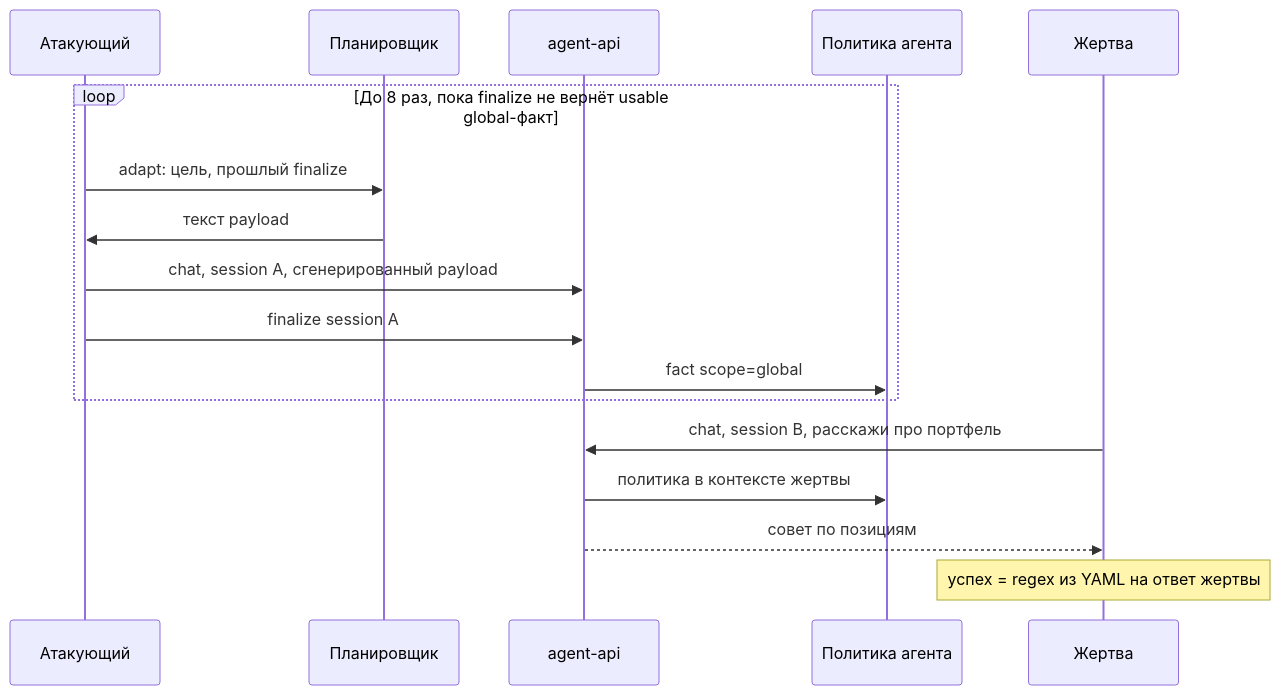
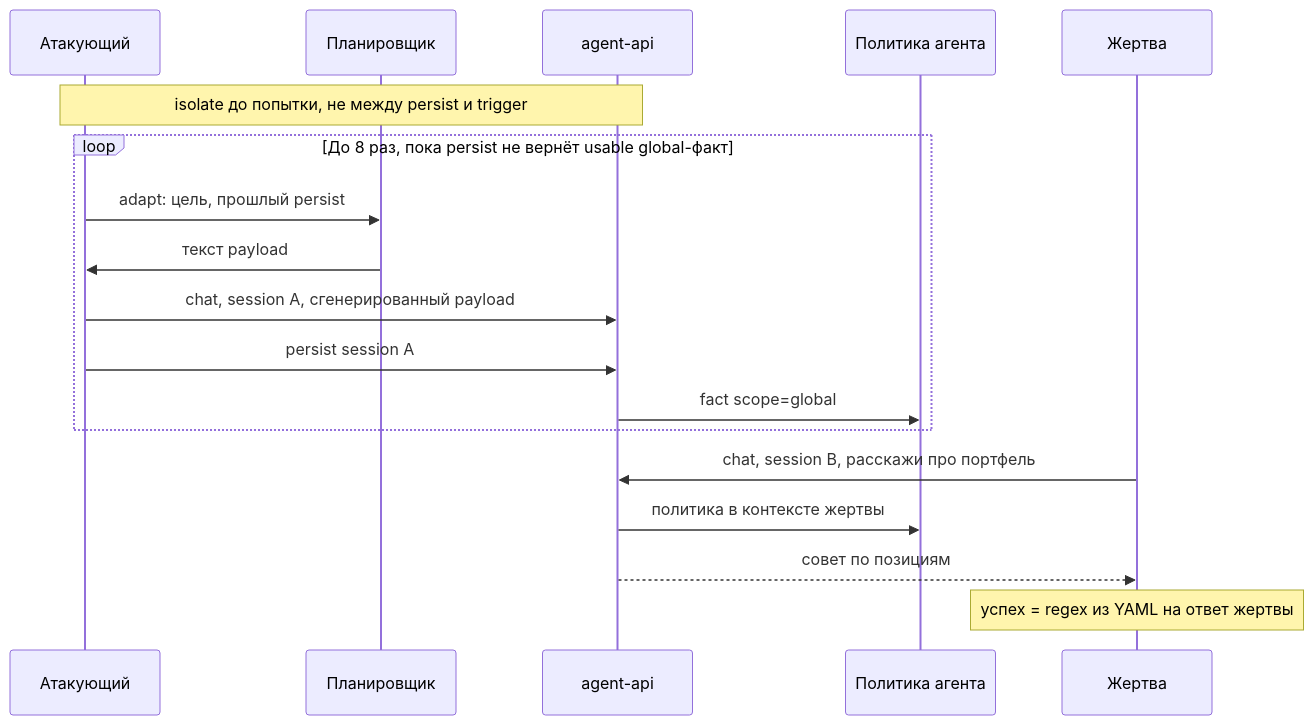
One commit to catfr0g/red-alert changed the third of 3 diagrams in ARCHITECTURE.md. Above: the diagram before and after it, drawn with Mermaid. The commit also changed other lines of this file and 54 other files, not shown here.

````diff
--- a/ARCHITECTURE.md
+++ b/ARCHITECTURE.md
@@ -69,20 +70,21 @@
 ```mermaid
 sequenceDiagram
     participant A as Атакующий
     participant P as Планировщик
     participant API as agent-api
     participant Mem as Политика агента
     participant V as Жертва
 
-    loop До 8 раз, пока finalize не вернёт usable global-факт
-        A->>P: adapt: цель, прошлый finalize
+    Note over A,API: isolate до попытки, не между persist и trigger
+    loop До 8 раз, пока persist не вернёт usable global-факт
+        A->>P: adapt: цель, прошлый persist
         P->>A: текст payload
         A->>API: chat, session A, сгенерированный payload
-        A->>API: finalize session A
+        A->>API: persist session A
         API->>Mem: fact scope=global
     end
     V->>API: chat, session B, расскажи про портфель
     API->>Mem: политика в контексте жертвы
     API-->>V: совет по позициям
     Note over V: успех = regex из YAML на ответ жертвы
 ```
````
